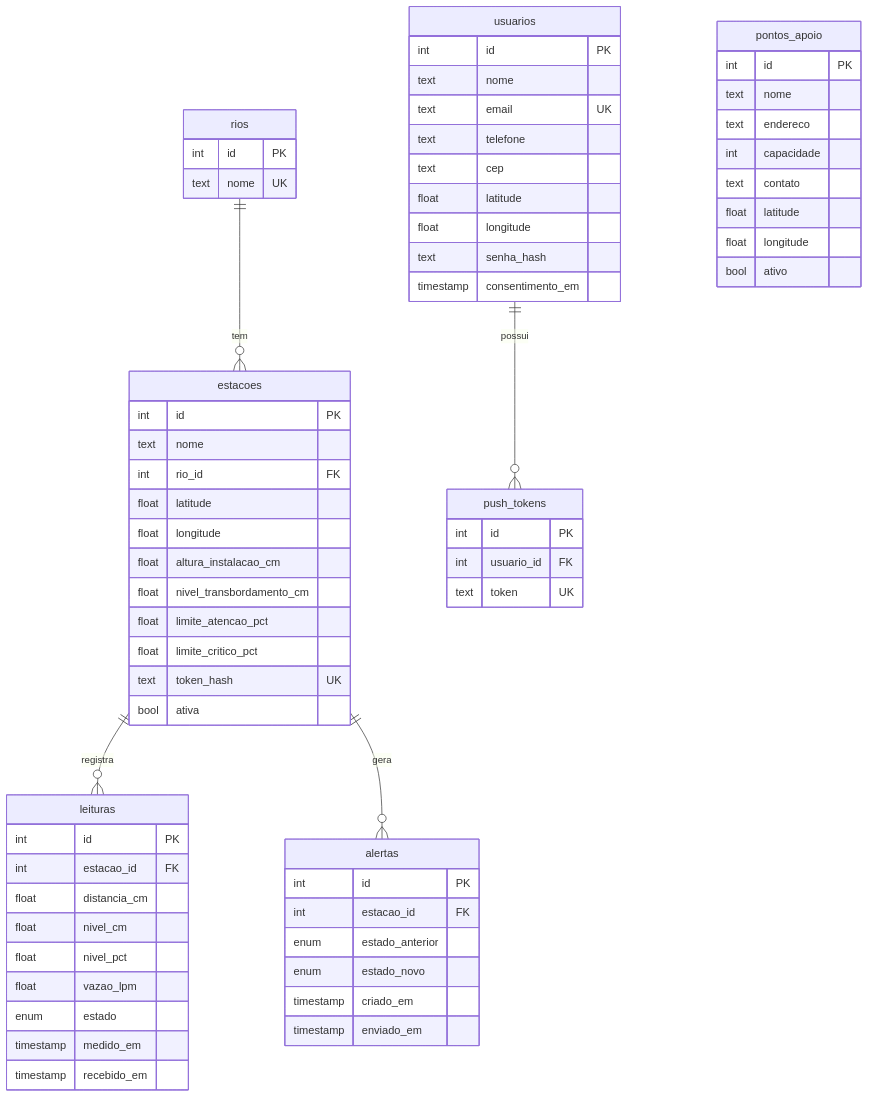
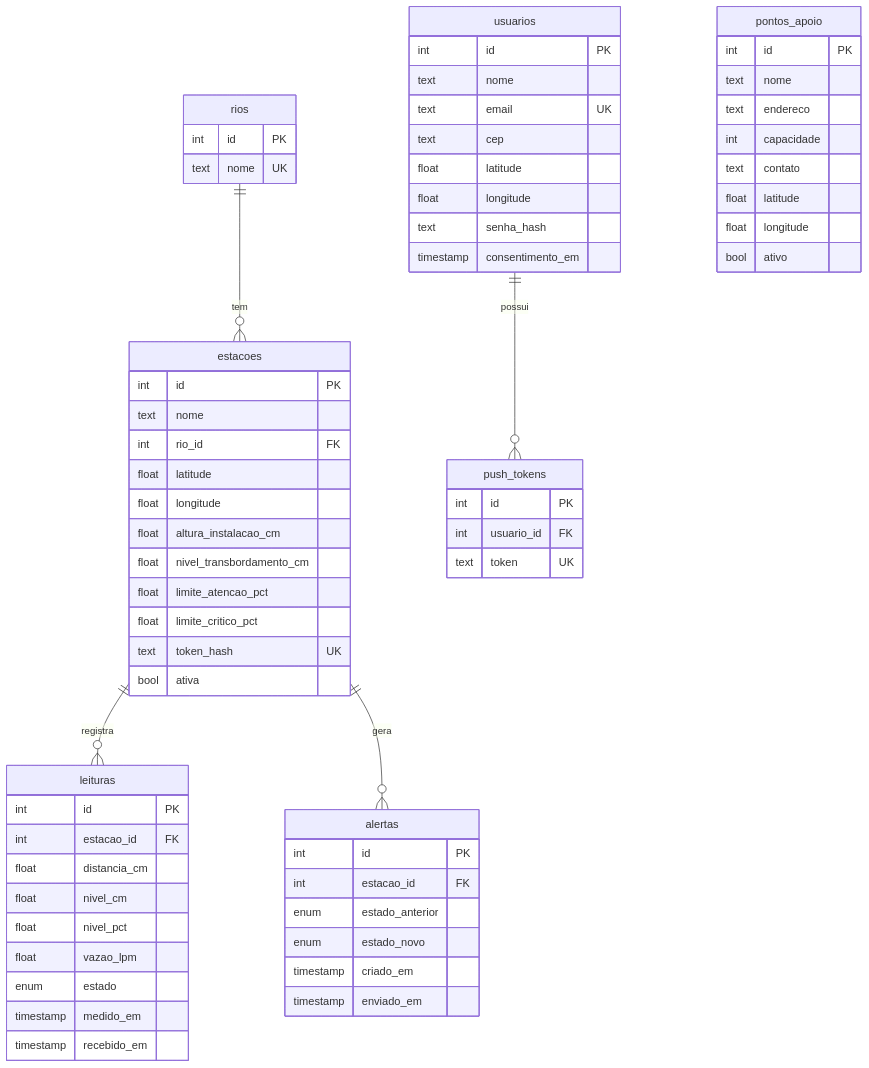
Before and after one commit to Mateus-Fonseca847/acquascan-app: the diagram in docs/banco-de-dados.md, drawn with Mermaid. The commit also changed 8 other files, not shown here.

````diff
--- a/docs/banco-de-dados.md
+++ b/docs/banco-de-dados.md
@@ -7,70 +7,69 @@
 ```mermaid
 erDiagram
     rios ||--o{ estacoes : tem
     estacoes ||--o{ leituras : registra
     estacoes ||--o{ alertas : gera
     usuarios ||--o{ push_tokens : possui
 
     rios {
         int id PK
         text nome UK
     }
     estacoes {
         int id PK
         text nome
         int rio_id FK
         float latitude
         float longitude
         float altura_instalacao_cm
         float nivel_transbordamento_cm
         float limite_atencao_pct
         float limite_critico_pct
         text token_hash UK
         bool ativa
     }
     leituras {
         int id PK
         int estacao_id FK
         float distancia_cm
         float nivel_cm
         float nivel_pct
         float vazao_lpm
         enum estado
         timestamp medido_em
         timestamp recebido_em
     }
     alertas {
         int id PK
         int estacao_id FK
         enum estado_anterior
         enum estado_novo
         timestamp criado_em
         timestamp enviado_em
     }
     pontos_apoio {
         int id PK
         text nome
         text endereco
         int capacidade
         text contato
         float latitude
         float longitude
         bool ativo
     }
     usuarios {
         int id PK
         text nome
         text email UK
-        text telefone
         text cep
         float latitude
         float longitude
         text senha_hash
         timestamp consentimento_em
     }
     push_tokens {
         int id PK
         int usuario_id FK
         text token UK
     }
 ```
````
